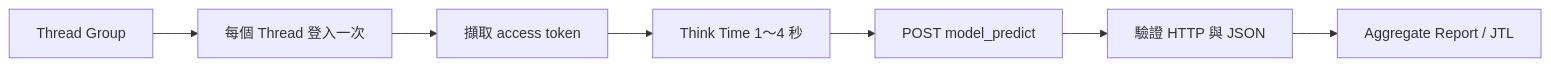
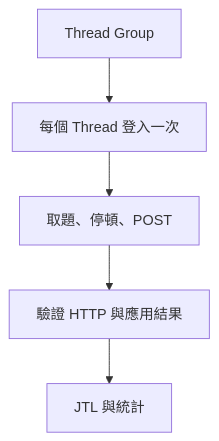
One commit to CaoCharles/ai-deploy-docs changed the first of 2 diagrams in docs/jmeter_load_testing.md. Above: the diagram before and after it, drawn with Mermaid. The commit also changed other lines of this file and 21 other files, not shown here.

````diff
--- a/docs/jmeter_load_testing.md
+++ b/docs/jmeter_load_testing.md
@@ -23,9 +32,7 @@
 ```mermaid
-flowchart LR
+flowchart TB
     ThreadGroup["Thread Group"] --> Login["每個 Thread 登入一次"]
-    Login --> Token["擷取 access token"]
-    Token --> Think["Think Time 1～4 秒"]
-    Think --> Predict["POST model_predict"]
-    Predict --> Assert["驗證 HTTP 與 JSON"]
-    Assert --> Report["Aggregate Report / JTL"]
+    Login --> Predict["取題、停頓、POST"]
+    Predict --> Assert["驗證 HTTP 與應用結果"]
+    Assert --> Report["JTL 與統計"]
 ```
````
